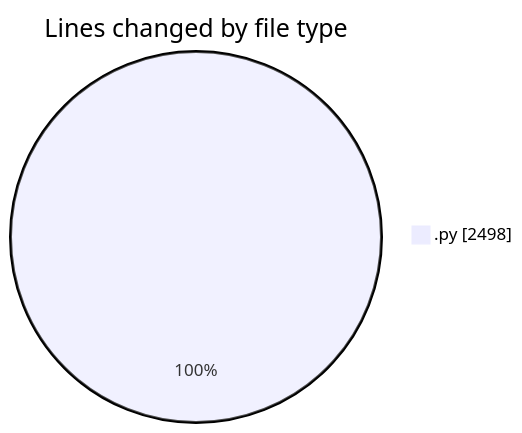
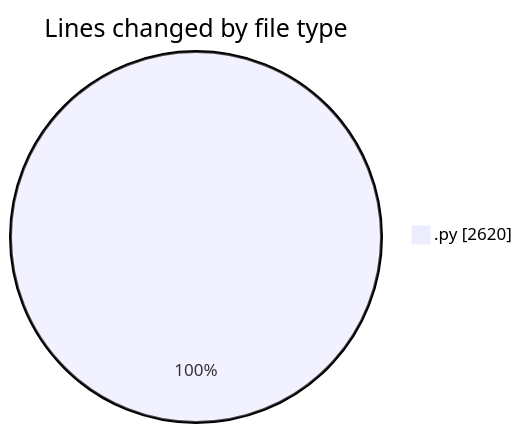
One commit to julien-gomy/code-tracking changed the first of 2 diagrams in 2025-10-15/eventscop-api-guide__workspace_/README.md. Above: the diagram before and after it, drawn with Mermaid. The commit also changed other lines of this file and 1 other file, not shown here.

````diff
--- a/2025-10-15/eventscop-api-guide__workspace_/README.md
+++ b/2025-10-15/eventscop-api-guide__workspace_/README.md
@@ -24,5 +24,5 @@
 ```mermaid
 pie showData
 title Lines changed by file type
-".py" : 2498
+".py" : 2620
 ```
````
